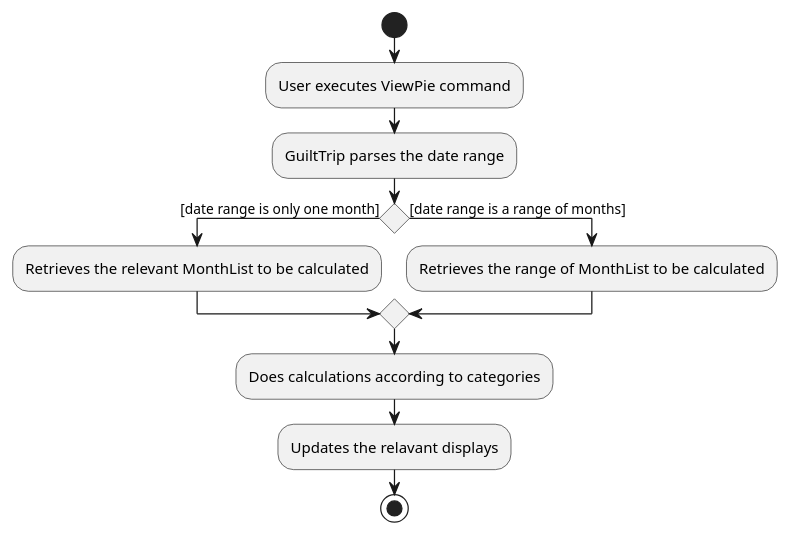
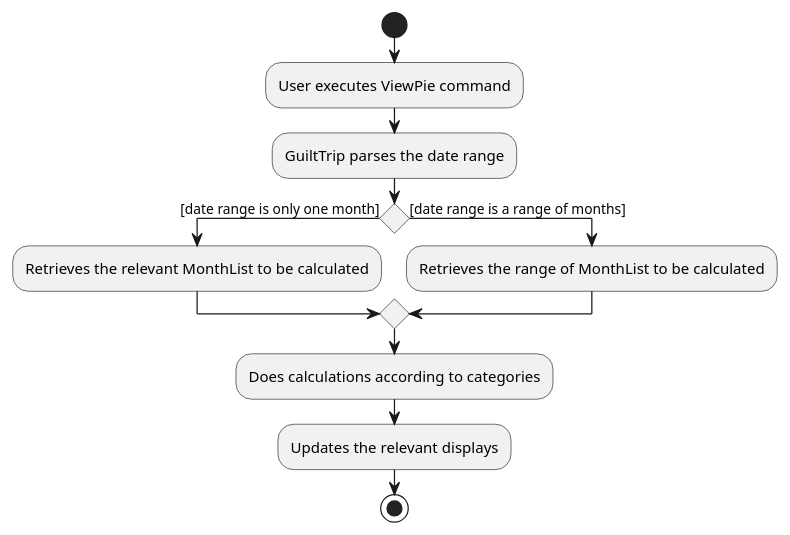
Before and after one commit to nus-cs2103-AY1920S1/addressbook-level3: the diagram in docs/diagrams/ViewPieActivityDiagram.puml, drawn with PlantUML. The commit also changed 10 other files, not shown here.

Commit message:
Updating Dev-Guide Diagrams

```diff
--- a/docs/diagrams/ViewPieActivityDiagram.puml
+++ b/docs/diagrams/ViewPieActivityDiagram.puml
@@ -1,18 +1,18 @@
 @startuml
 start
 :User executes ViewPie command;
 :GuiltTrip parses the date range;
 
 'Since the beta syntax does not support placing the condition outside the
 'diamond we place it as the true branch instead.
 
 if () then ([date range is only one month])
     :Retrieves the relevant MonthList to be calculated;
 
 else ([date range is a range of months])
      :Retrieves the range of MonthList to be calculated;
 endif
     :Does calculations according to categories;
-    :Updates the relavant displays;
+    :Updates the relevant displays;
 stop
 @enduml
```
